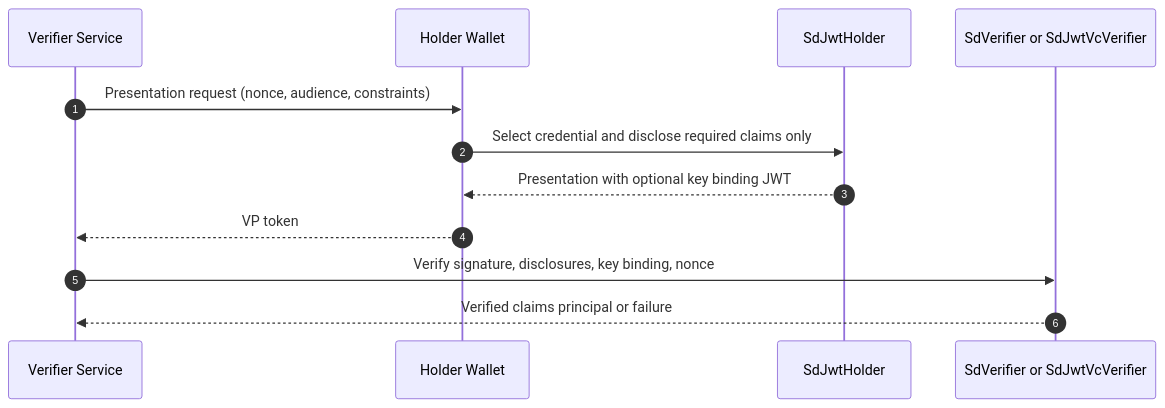
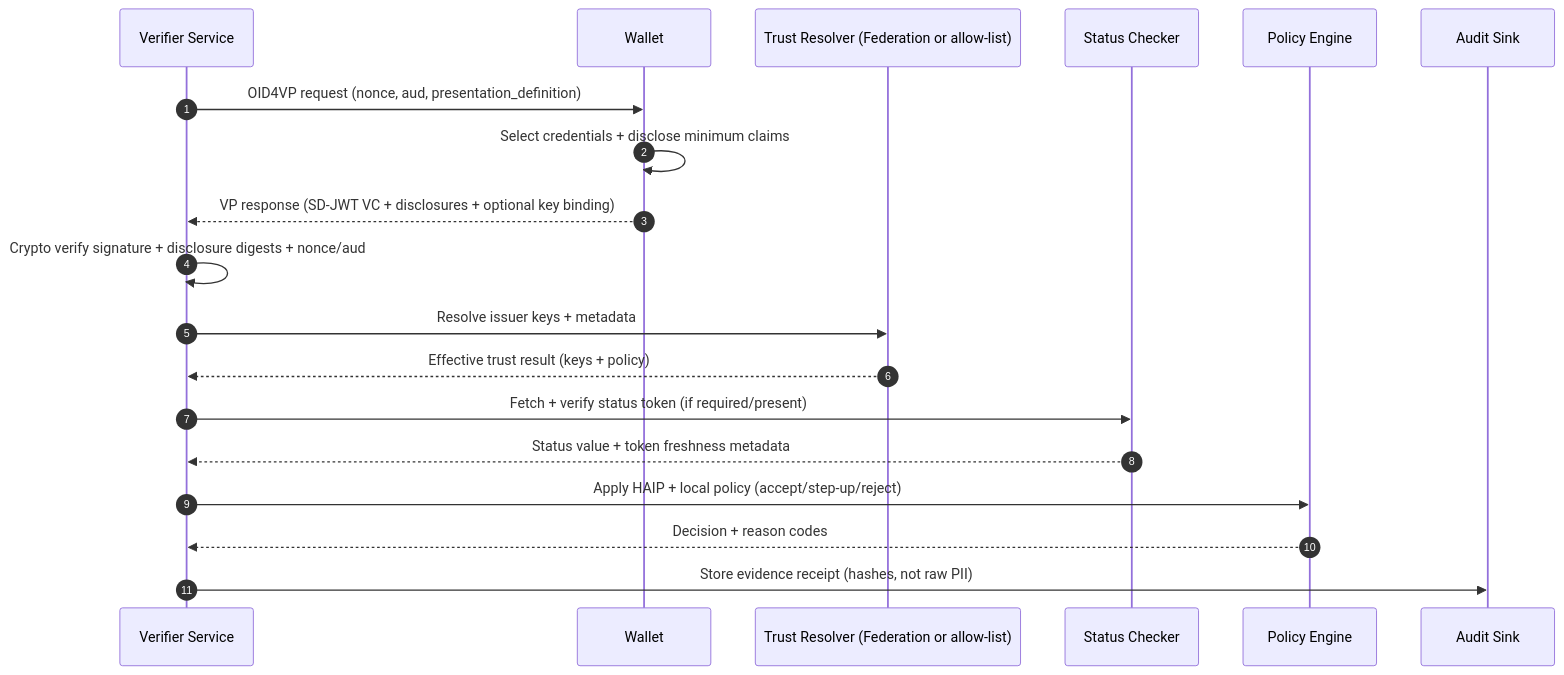
Before and after one commit to openwallet-foundation-labs/sd-jwt-dotnet: the third of 7 diagrams in docs/concepts/architecture.md, drawn with Mermaid. The commit also changed other lines of this file and 28 other files, not shown here.

````diff
--- a/docs/concepts/architecture.md
+++ b/docs/concepts/architecture.md
@@ -178,15 +435,24 @@
 ```mermaid
 sequenceDiagram
   autonumber
   participant Verifier as Verifier Service
-  participant Wallet as Holder Wallet
-  participant Holder as SdJwtHolder
-  participant VerifierCore as SdVerifier or SdJwtVcVerifier
+  participant Wallet as Wallet
+  participant Trust as Trust Resolver (Federation or allow-list)
+  participant Status as Status Checker
+  participant Policy as Policy Engine
+  participant Audit as Audit Sink
 
-  Verifier->>Wallet: Presentation request (nonce, audience, constraints)
-  Wallet->>Holder: Select credential and disclose required claims only
-  Holder-->>Wallet: Presentation with optional key binding JWT
-  Wallet-->>Verifier: VP token
-  Verifier->>VerifierCore: Verify signature, disclosures, key binding, nonce
-  VerifierCore-->>Verifier: Verified claims principal or failure
+  Verifier->>Wallet: OID4VP request (nonce, aud, presentation_definition)
+  Wallet->>Wallet: Select credentials + disclose minimum claims
+  Wallet-->>Verifier: VP response (SD-JWT VC + disclosures + optional key binding)
+
+  Verifier->>Verifier: Crypto verify signature + disclosure digests + nonce/aud
+  Verifier->>Trust: Resolve issuer keys + metadata
+  Trust-->>Verifier: Effective trust result (keys + policy)
+  Verifier->>Status: Fetch + verify status token (if required/present)
+  Status-->>Verifier: Status value + token freshness metadata
+  Verifier->>Policy: Apply HAIP + local policy (accept/step-up/reject)
+  Policy-->>Verifier: Decision + reason codes
+
+  Verifier->>Audit: Store evidence receipt (hashes, not raw PII)
 ```
````
